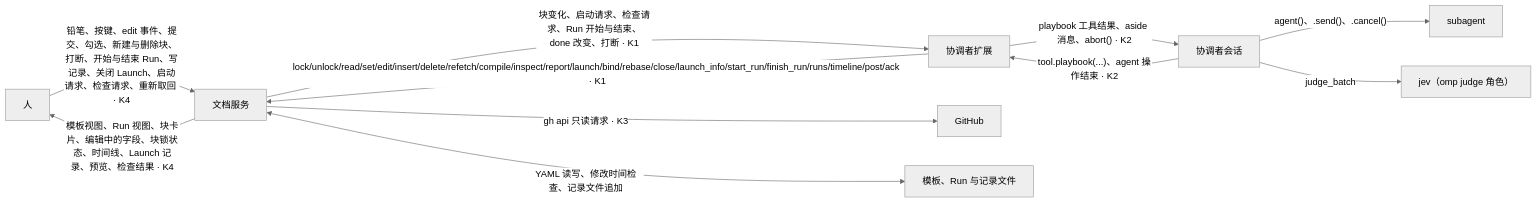
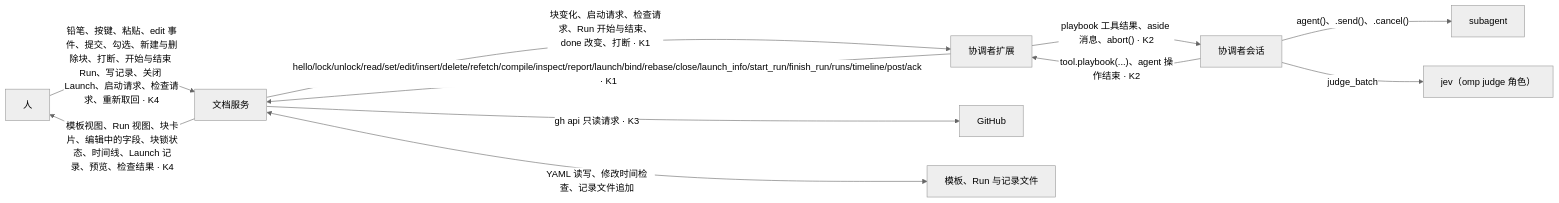
The fourth of 4 diagrams in design/README.md (mouriya-s-lab/tern-playbooks), drawn with Mermaid (neutral theme) before and after one commit. The commit also changed other lines of this file and 3 other files, not shown here.

Commit message:
design: fix re-acceptance findings (result target syntax, S8 rows, inactive Launch close, pending on close, R14 scope)

````diff
--- a/design/README.md
+++ b/design/README.md
@@ -291,13 +293,13 @@
 ```mermaid
 flowchart LR
-  Human["人"] -->|"铅笔、按键、edit 事件、提交、勾选、新建与删除块、打断、开始与结束 Run、写记录、关闭 Launch、启动请求、检查请求、重新取回 · K4"| DocSvc["文档服务"]
+  Human["人"] -->|"铅笔、按键、粘贴、edit 事件、提交、勾选、新建与删除块、打断、开始与结束 Run、写记录、关闭 Launch、启动请求、检查请求、重新取回 · K4"| DocSvc["文档服务"]
   DocSvc -->|"模板视图、Run 视图、块卡片、编辑中的字段、块锁状态、时间线、Launch 记录、预览、检查结果 · K4"| Human
-  Ext["协调者扩展"] -->|"lock/unlock/read/set/edit/insert/delete/refetch/compile/inspect/report/launch/bind/rebase/close/launch_info/start_run/finish_run/runs/timeline/post/ack · K1"| DocSvc
+  Ext["协调者扩展"] -->|"hello/lock/unlock/read/set/edit/insert/delete/refetch/compile/inspect/report/launch/bind/rebase/close/launch_info/start_run/finish_run/runs/timeline/post/ack · K1"| DocSvc
   DocSvc -->|"块变化、启动请求、检查请求、Run 开始与结束、done 改变、打断 · K1"| Ext
   Ext -->|"playbook 工具结果、aside 消息、abort() · K2"| Coord["协调者会话"]
   Coord -->|"tool.playbook(...)、agent 操作结束 · K2"| Ext
   Coord -->|"agent()、.send()、.cancel()"| Sub["subagent"]
   Coord -->|"judge_batch"| Jev["jev（omp judge 角色）"]
   DocSvc -->|"gh api 只读请求 · K3"| GitHub["GitHub"]
   DocSvc <-->|"YAML 读写、修改时间检查、记录文件追加"| File["模板、Run 与记录文件"]
 ```
````
